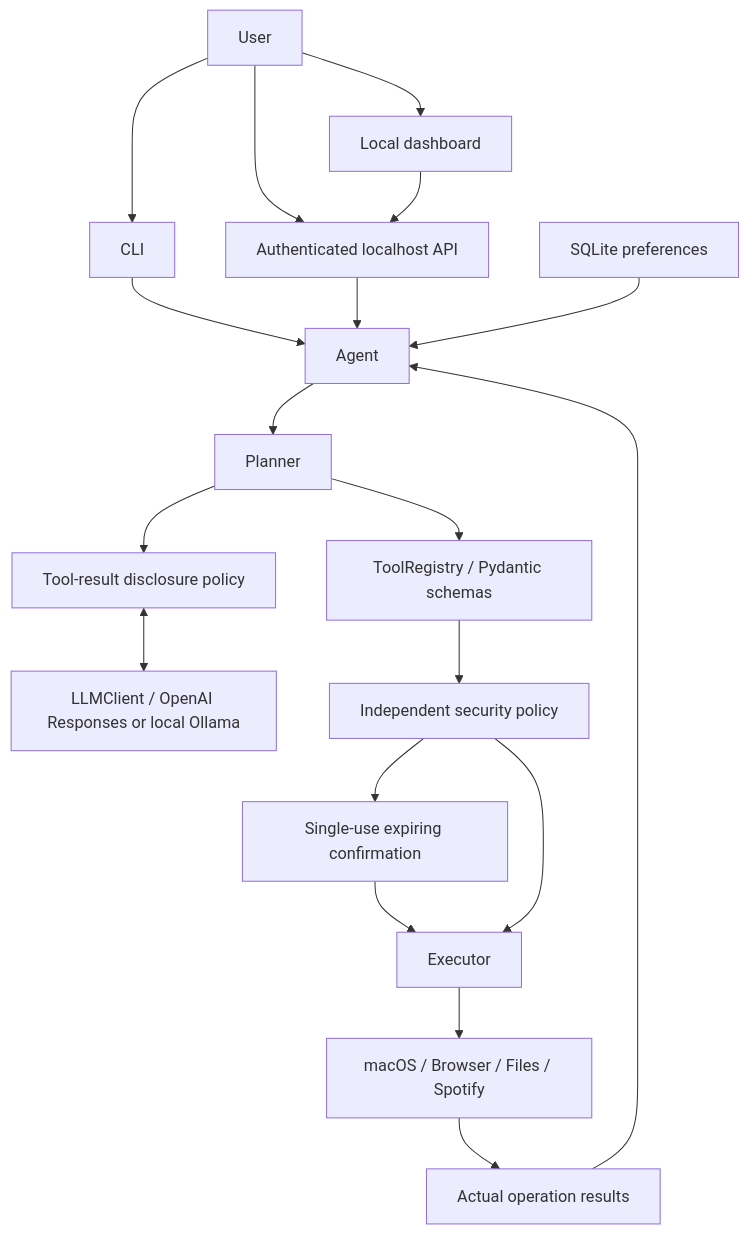
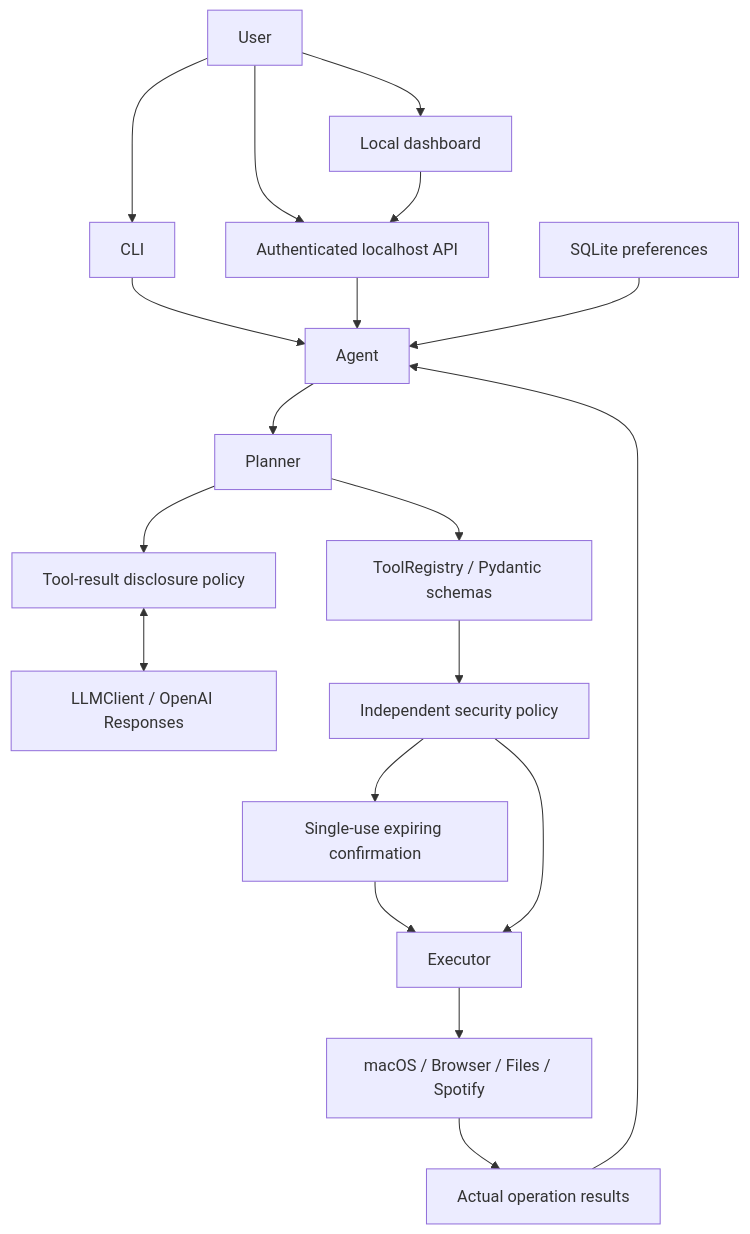
The diagram in README.md (mpano/bridge-desktop-agent), drawn with Mermaid before and after one commit. The commit also changed other lines of this file and 18 other files, not shown here.

First line of the commit message:
Remove local Ollama provider; OpenAI is Bridge's model

````diff
--- a/README.md
+++ b/README.md
@@ -29,21 +28,21 @@
 ```mermaid
 flowchart TD
     User --> CLI
     User --> API[Authenticated localhost API]
     User --> Dashboard[Local dashboard]
     Dashboard --> API
     CLI --> Agent
     API --> Agent
     Agent --> Planner
     Planner --> Privacy[Tool-result disclosure policy]
-    Privacy <--> LLM[LLMClient / OpenAI Responses or local Ollama]
+    Privacy <--> LLM[LLMClient / OpenAI Responses]
     Planner --> Registry[ToolRegistry / Pydantic schemas]
     Registry --> Policy[Independent security policy]
     Policy --> Confirmation[Single-use expiring confirmation]
     Confirmation --> Executor
     Policy --> Executor
     Executor --> Native[macOS / Browser / Files / Spotify]
     Native --> Results[Actual operation results]
     Results --> Agent
     Memory[SQLite preferences] --> Agent
 ```
````
